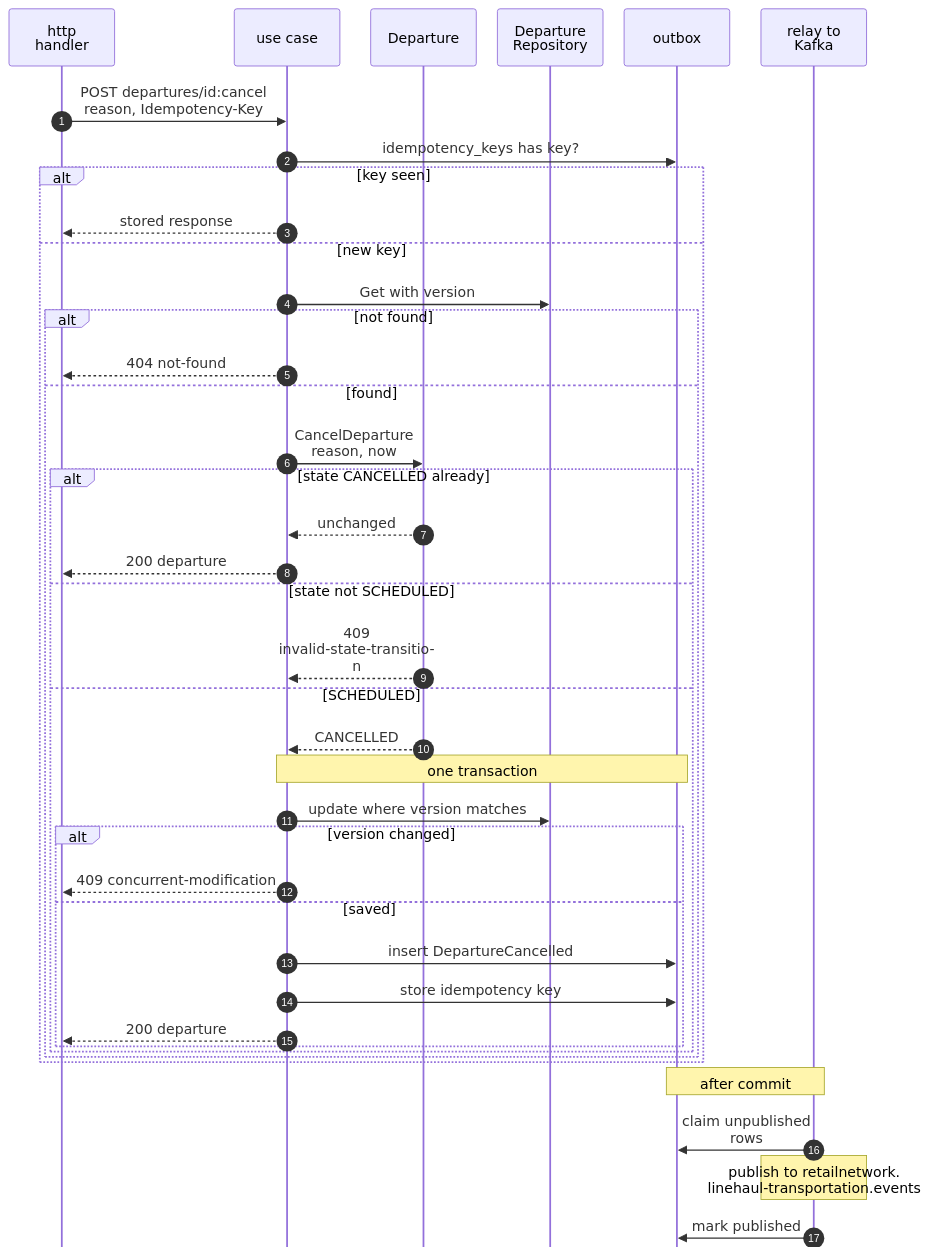
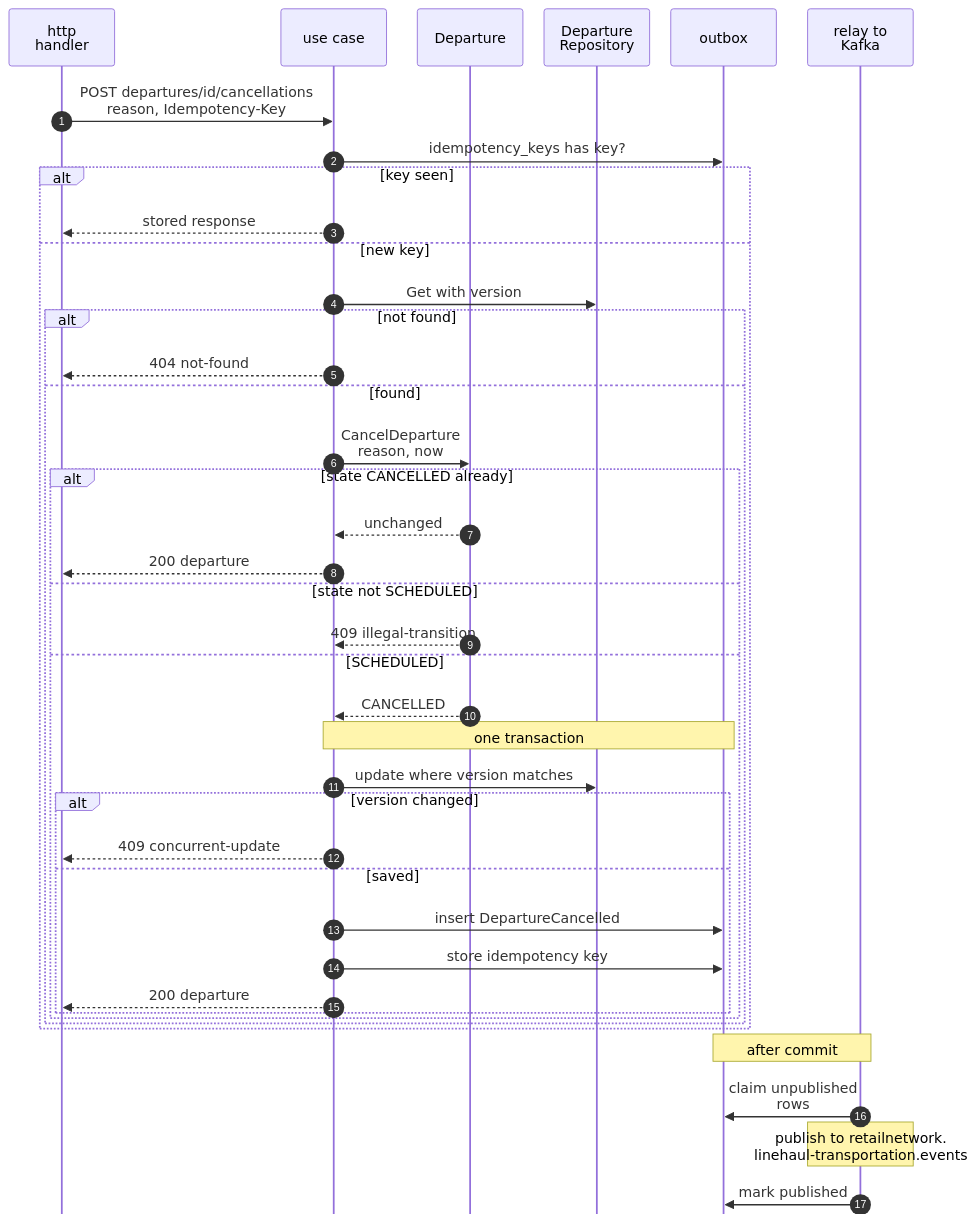
Before and after one commit to IQVO/warehouse-docs: the seventh of 15 diagrams in network/docs/contexts/linehaul-transportation/sequence-diagrams.md, drawn with Mermaid. The commit also changed other lines of this file and 8 other files, not shown here.

````diff
--- a/network/docs/contexts/linehaul-transportation/sequence-diagrams.md
+++ b/network/docs/contexts/linehaul-transportation/sequence-diagrams.md
@@ -312,44 +258,44 @@
 ```mermaid
 %%{init: {"sequence": {"wrap": true, "width": 120, "actorMargin": 24, "messageMargin": 28, "boxMargin": 6, "noteMargin": 6, "mirrorActors": false}}}%%
 sequenceDiagram
     autonumber
     participant H as http<br/>handler
     participant U as use case
     participant A as Departure
     participant R as Departure<br/>Repository
     participant O as outbox
     participant RL as relay to Kafka
-    H->>U: POST departures/id:cancel<br/>reason, Idempotency-Key
+    H->>U: POST departures/id/cancellations<br/>reason, Idempotency-Key
     U->>O: idempotency_keys has key?
     alt key seen
         U-->>H: stored response
     else new key
         U->>R: Get with version
         alt not found
             U-->>H: 404 not-found
         else found
             U->>A: CancelDeparture reason, now
             alt state CANCELLED already
                 A-->>U: unchanged
                 U-->>H: 200 departure
             else state not SCHEDULED
-                A-->>U: 409 invalid-state-transition
+                A-->>U: 409 illegal-transition
             else SCHEDULED
                 A-->>U: CANCELLED
                 Note over U,O: one transaction
                 U->>R: update where version matches
                 alt version changed
-                    U-->>H: 409 concurrent-modification
+                    U-->>H: 409 concurrent-update
                 else saved
                     U->>O: insert DepartureCancelled
                     U->>O: store idempotency key
                     U-->>H: 200 departure
                 end
             end
         end
     end
     Note over O,RL: after commit
     RL->>O: claim unpublished rows
     Note over RL: publish to retailnetwork.<br/>linehaul-transportation.events
     RL->>O: mark published
 ```
````
